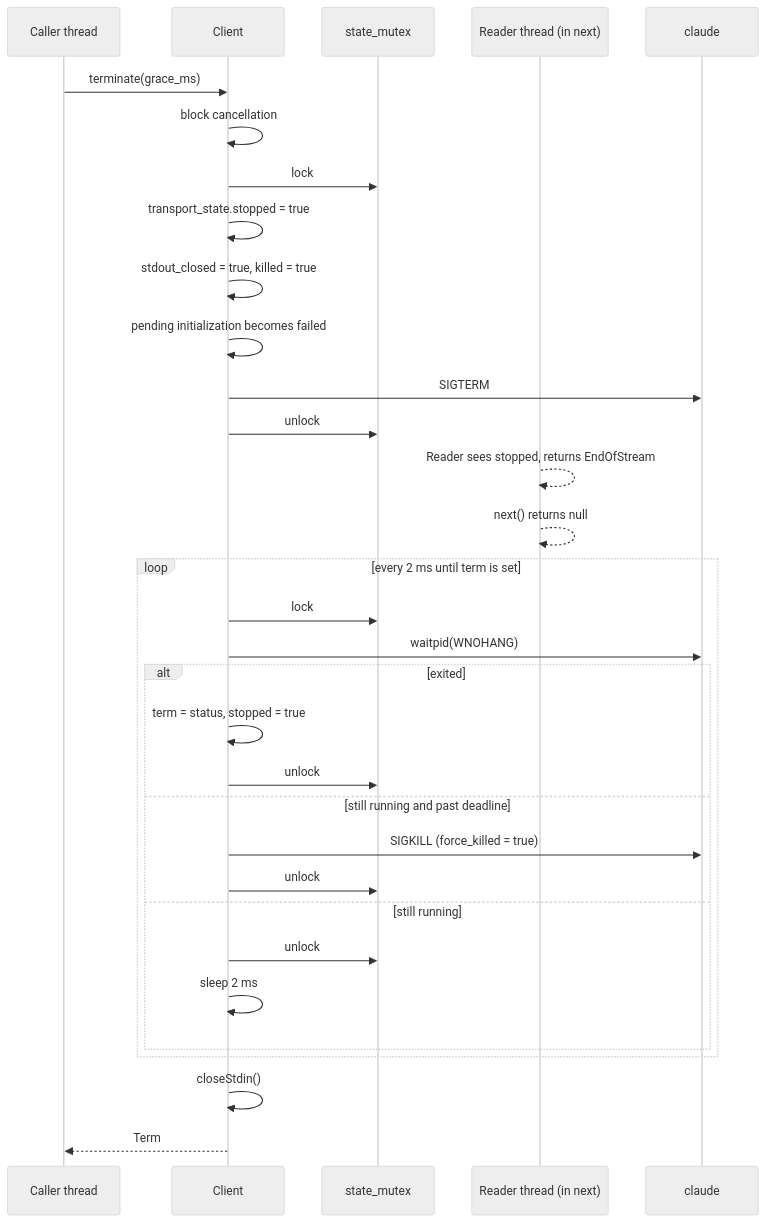
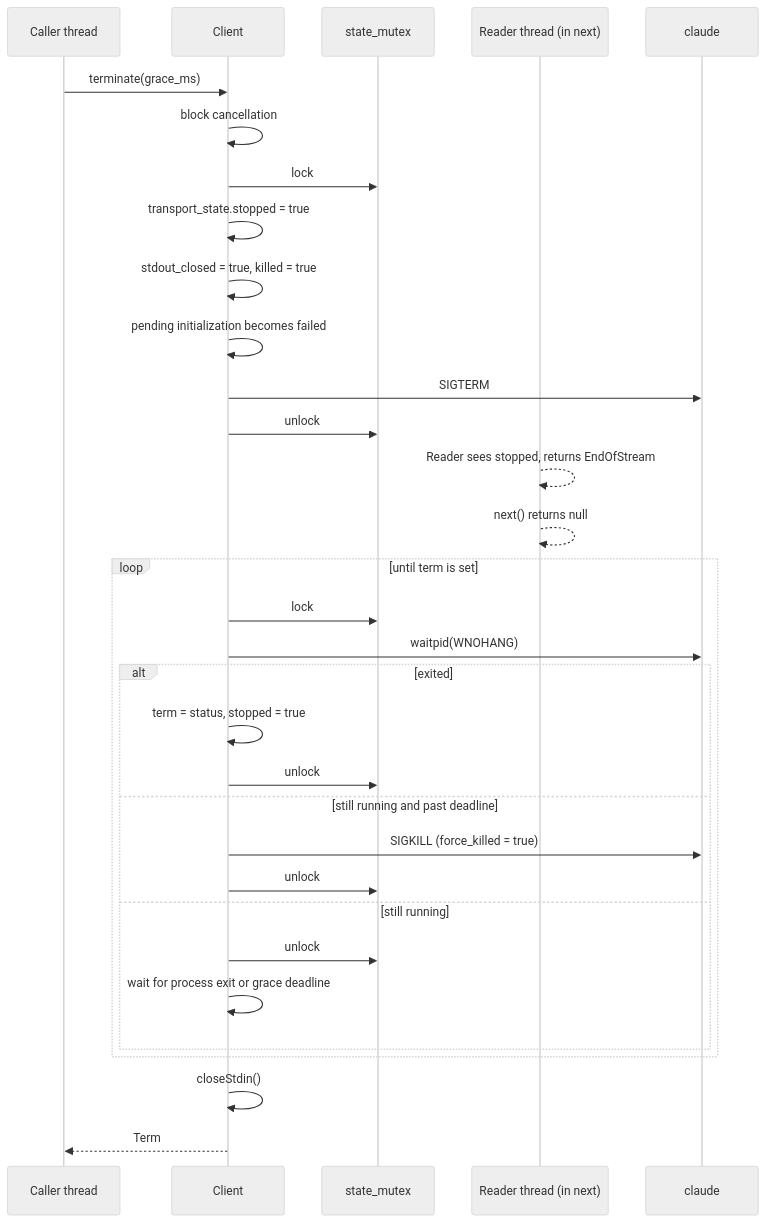
The fifth of 6 diagrams in docs/client-lifecycle.md (cipher-rc5/claude_agent_zig), drawn with Mermaid (neutral theme) before and after one commit. The commit also changed other lines of this file and 27 other files, not shown here.

````diff
--- a/docs/client-lifecycle.md
+++ b/docs/client-lifecycle.md
@@ -172,36 +172,36 @@
 ```mermaid
 sequenceDiagram
     participant T as Caller thread
     participant C as Client
     participant S as state_mutex
     participant R as Reader thread (in next)
     participant CLI as claude
 
     T->>C: terminate(grace_ms)
     C->>C: block cancellation
     C->>S: lock
     C->>C: transport_state.stopped = true
     C->>C: stdout_closed = true, killed = true
     C->>C: pending initialization becomes failed
     C->>CLI: SIGTERM
     C->>S: unlock
     R-->>R: Reader sees stopped, returns EndOfStream
     R-->>R: next() returns null
 
-    loop every 2 ms until term is set
+    loop until term is set
         C->>S: lock
         C->>CLI: waitpid(WNOHANG)
         alt exited
             C->>C: term = status, stopped = true
             C->>S: unlock
         else still running and past deadline
             C->>CLI: SIGKILL (force_killed = true)
             C->>S: unlock
         else still running
             C->>S: unlock
-            C->>C: sleep 2 ms
+            C->>C: wait for process exit or grace deadline
         end
     end
     C->>C: closeStdin()
     C-->>T: Term
 ```
````
